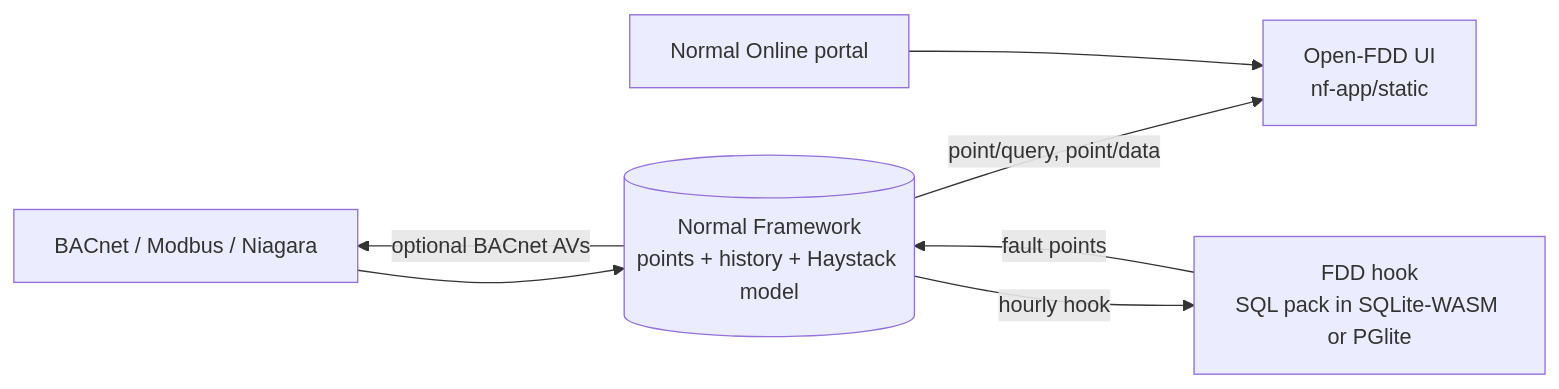
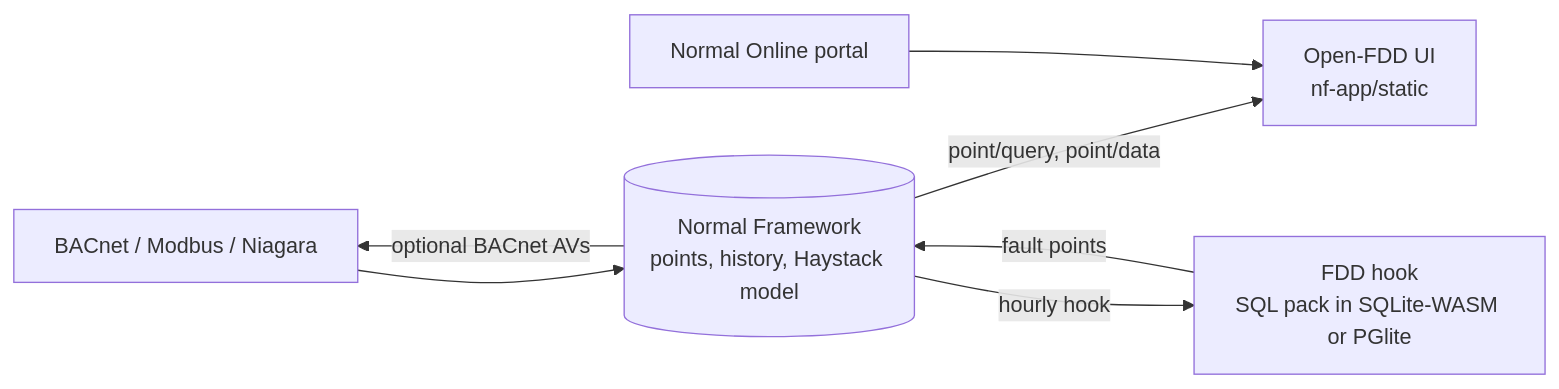
One commit to bbartling/open-fdd changed the diagram in README.md. Above: the diagram before and after it, drawn with Mermaid. The commit also changed other lines of this file and 3747 other files, not shown here.

````diff
--- a/README.md
+++ b/README.md
@@ -31,9 +35,9 @@
 ```mermaid
 flowchart LR
-  BAS[BACnet / Modbus / Niagara] --> NF[(Normal Framework<br/>points + history + Haystack model)]
+  BAS[BACnet / Modbus / Niagara] --> NF[(Normal Framework<br/>points, history, Haystack model)]
   NF -->|point/query, point/data| UI[Open-FDD UI<br/>nf-app/static]
   NF -->|hourly hook| FDD[FDD hook<br/>SQL pack in SQLite-WASM or PGlite]
   FDD -->|fault points| NF
   NF -->|optional BACnet AVs| BAS
   Portal[Normal Online portal] --> UI
 ```
````
